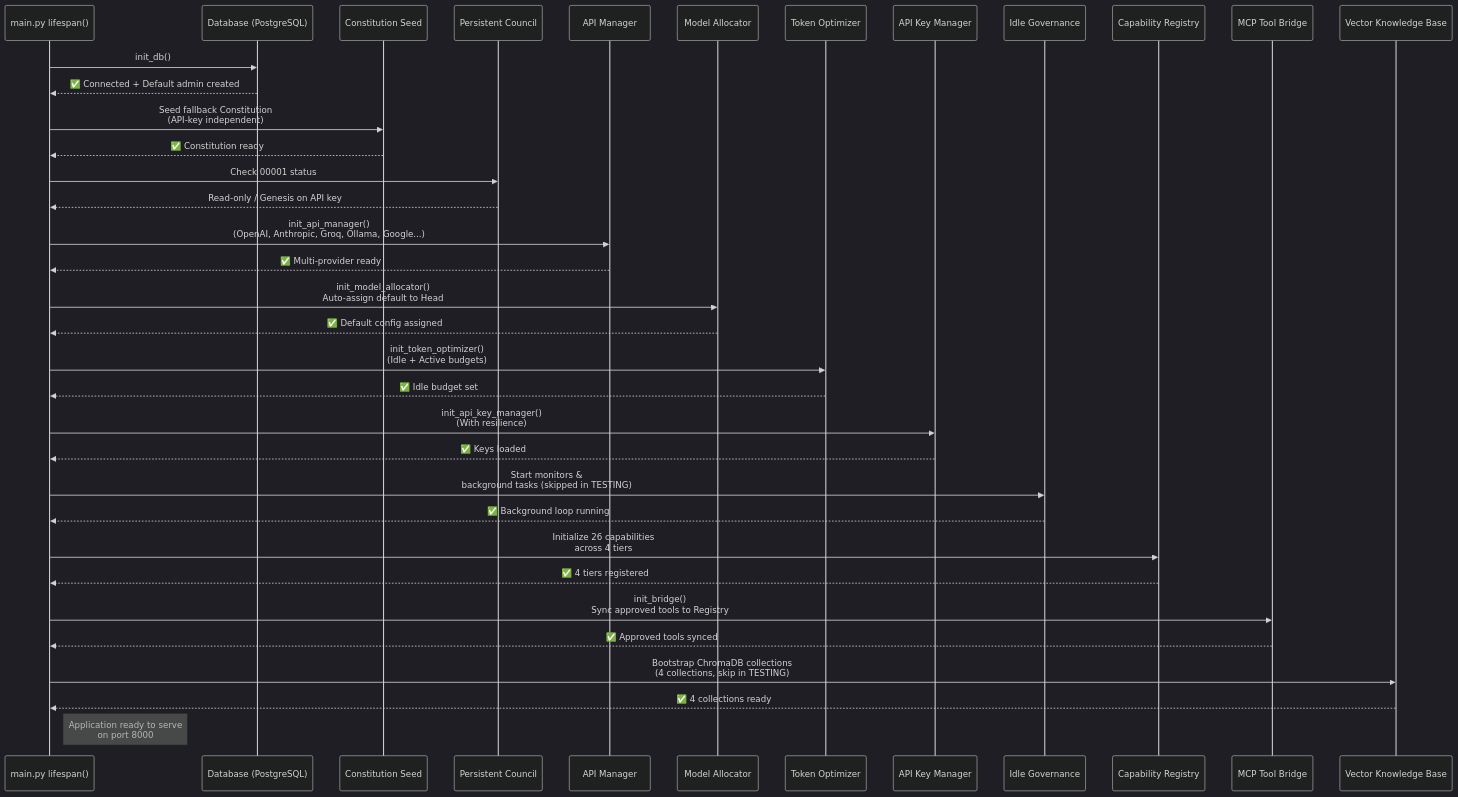
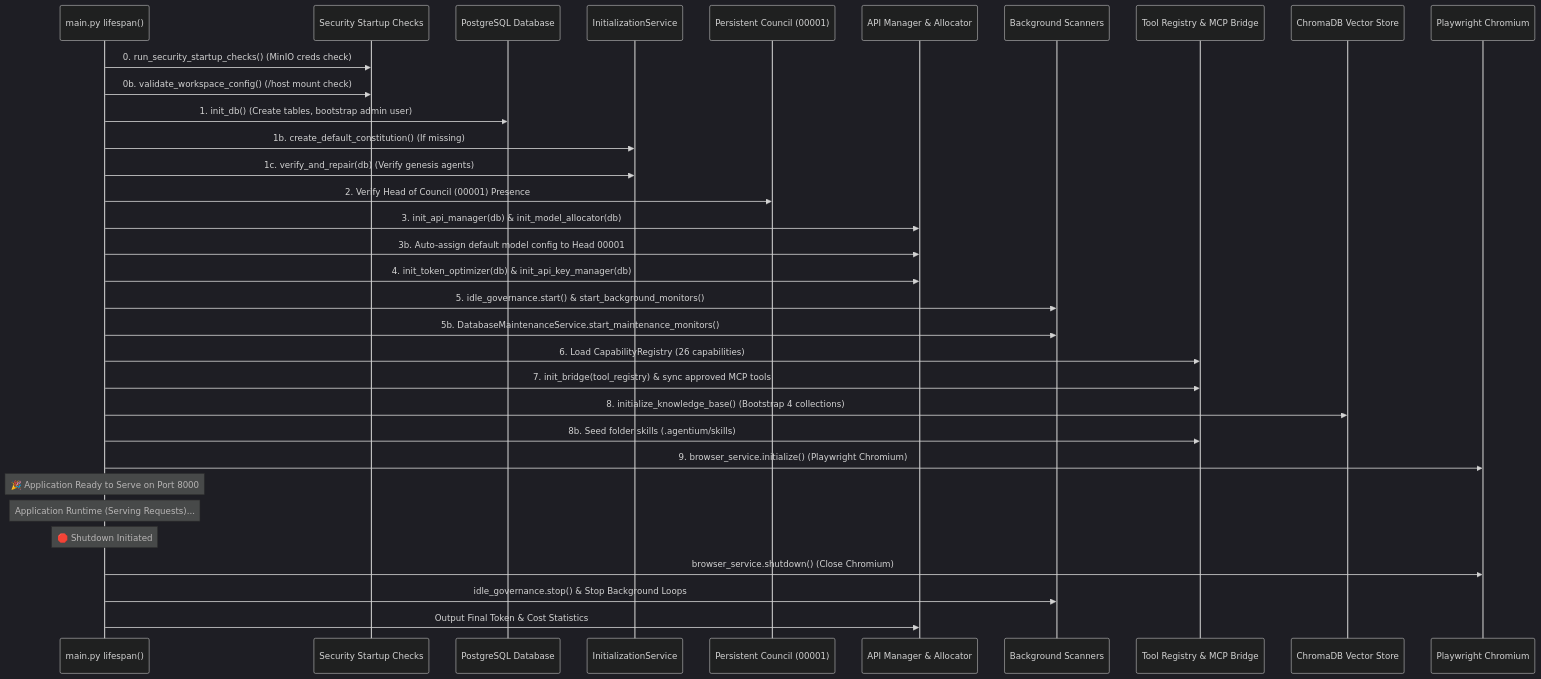
One commit to AshminDhungana/Agentium changed diagram 13 of 14 in ARCHITECTURE.md. Above: the diagram before and after it, drawn with Mermaid (dark theme). The commit also changed other lines of this file and 6 other files, not shown here.

First line of the commit message:
docs: overhaul architecture, guides, and deployment suite for v0.21.0-beta

````diff
--- a/ARCHITECTURE.md
+++ b/ARCHITECTURE.md
@@ -591,50 +885,45 @@
 ```mermaid
 sequenceDiagram
     participant Main as main.py lifespan()
-    participant DB as Database (PostgreSQL)
-    participant Seed as Constitution Seed
-    participant Council as Persistent Council
-    participant API as API Manager
-    participant Alloc as Model Allocator
-    participant Token as Token Optimizer
-    participant KeyMgr as API Key Manager
-    participant Idle as Idle Governance
-    participant CapReg as Capability Registry
-    participant MCP as MCP Tool Bridge
-    participant Vector as Vector Knowledge Base
+    participant Sec as Security Startup Checks
+    participant DB as PostgreSQL Database
+    participant Init as InitializationService
+    participant Council as Persistent Council (00001)
+    participant Models as API Manager & Allocator
+    participant Monitors as Background Scanners
+    participant Tools as Tool Registry & MCP Bridge
+    participant Chroma as ChromaDB Vector Store
+    participant Browser as Playwright Chromium
 
-    Main->>DB: init_db()
-    DB-->>Main: ✅ Connected + Default admin created
-
-    Main->>Seed: Seed fallback Constitution<br/>(API-key independent)
-    Seed-->>Main: ✅ Constitution ready
-
-    Main->>Council: Check 00001 status
-    Council-->>Main: Read-only / Genesis on API key
-
-    Main->>API: init_api_manager()<br/>(OpenAI, Anthropic, Groq, Ollama, Google...)
-    API-->>Main: ✅ Multi-provider ready
-
-    Main->>Alloc: init_model_allocator()<br/>Auto-assign default to Head
-    Alloc-->>Main: ✅ Default config assigned
-
-    Main->>Token: init_token_optimizer()<br/>(Idle + Active budgets)
-    Token-->>Main: ✅ Idle budget set
-
-    Main->>KeyMgr: init_api_key_manager()<br/>(With resilience)
-    KeyMgr-->>Main: ✅ Keys loaded
-
-    Main->>Idle: Start monitors &<br/>background tasks (skipped in TESTING)
-    Idle-->>Main: ✅ Background loop running
-
-    Main->>CapReg: Initialize 26 capabilities<br/>across 4 tiers
-    CapReg-->>Main: ✅ 4 tiers registered
-
-    Main->>MCP: init_bridge()<br/>Sync approved tools to Registry
-    MCP-->>Main: ✅ Approved tools synced
-
-    Main->>Vector: Bootstrap ChromaDB collections<br/>(4 collections, skip in TESTING)
-    Vector-->>Main: ✅ 4 collections ready
-
-    Note right of Main: Application ready to serve<br/>on port 8000
+    Main->>Sec: 0. run_security_startup_checks() (MinIO creds check)
+    Main->>Sec: 0b. validate_workspace_config() (/host mount check)
+    
+    Main->>DB: 1. init_db() (Create tables, bootstrap admin user)
+    Main->>Init: 1b. create_default_constitution() (If missing)
+    Main->>Init: 1c. verify_and_repair(db) (Verify genesis agents)
+    
+    Main->>Council: 2. Verify Head of Council (00001) Presence
+    
+    Main->>Models: 3. init_api_manager(db) & init_model_allocator(db)
+    Main->>Models: 3b. Auto-assign default model config to Head 00001
+    Main->>Models: 4. init_token_optimizer(db) & init_api_key_manager(db)
+    
+    Main->>Monitors: 5. idle_governance.start() & start_background_monitors()
+    Main->>Monitors: 5b. DatabaseMaintenanceService.start_maintenance_monitors()
+    
+    Main->>Tools: 6. Load CapabilityRegistry (26 capabilities)
+    Main->>Tools: 7. init_bridge(tool_registry) & sync approved MCP tools
+    Main->>Chroma: 8. initialize_knowledge_base() (Bootstrap 4 collections)
+    Main->>Tools: 8b. Seed folder skills (.agentium/skills)
+    
+    Main->>Browser: 9. browser_service.initialize() (Playwright Chromium)
+    
+    Note over Main: 🎉 Application Ready to Serve on Port 8000
+    
+    Note over Main: Application Runtime (Serving Requests)...
+    
+    Note over Main: 🛑 Shutdown Initiated
+    Main->>Browser: browser_service.shutdown() (Close Chromium)
+    Main->>Monitors: idle_governance.stop() & Stop Background Loops
+    Main->>Models: Output Final Token & Cost Statistics
 ```
````
